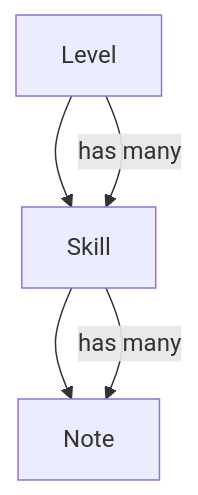
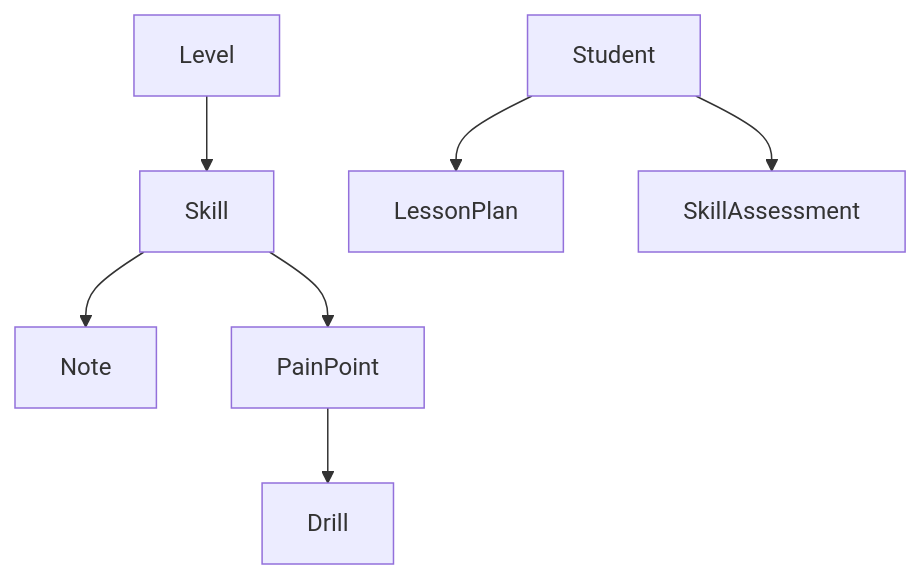
Before and after one commit to Q06183/AllLevelTennis: the second of 2 diagrams in .trae/documents/technical-architecture.md, drawn with Mermaid. The commit also changed other lines of this file and 12 other files, not shown here.

````diff
--- a/.trae/documents/technical-architecture.md
+++ b/.trae/documents/technical-architecture.md
@@ -44,8 +52,9 @@
 ```mermaid
 graph TD
   A[Level] --> B[Skill]
   B --> C[Note]
-  
-  A -- has many --> B
-  B -- has many --> C
+  B --> D[PainPoint]
+  D --> E[Drill]
+  F[Student] --> G[LessonPlan]
+  F --> H[SkillAssessment]
 ```
````
